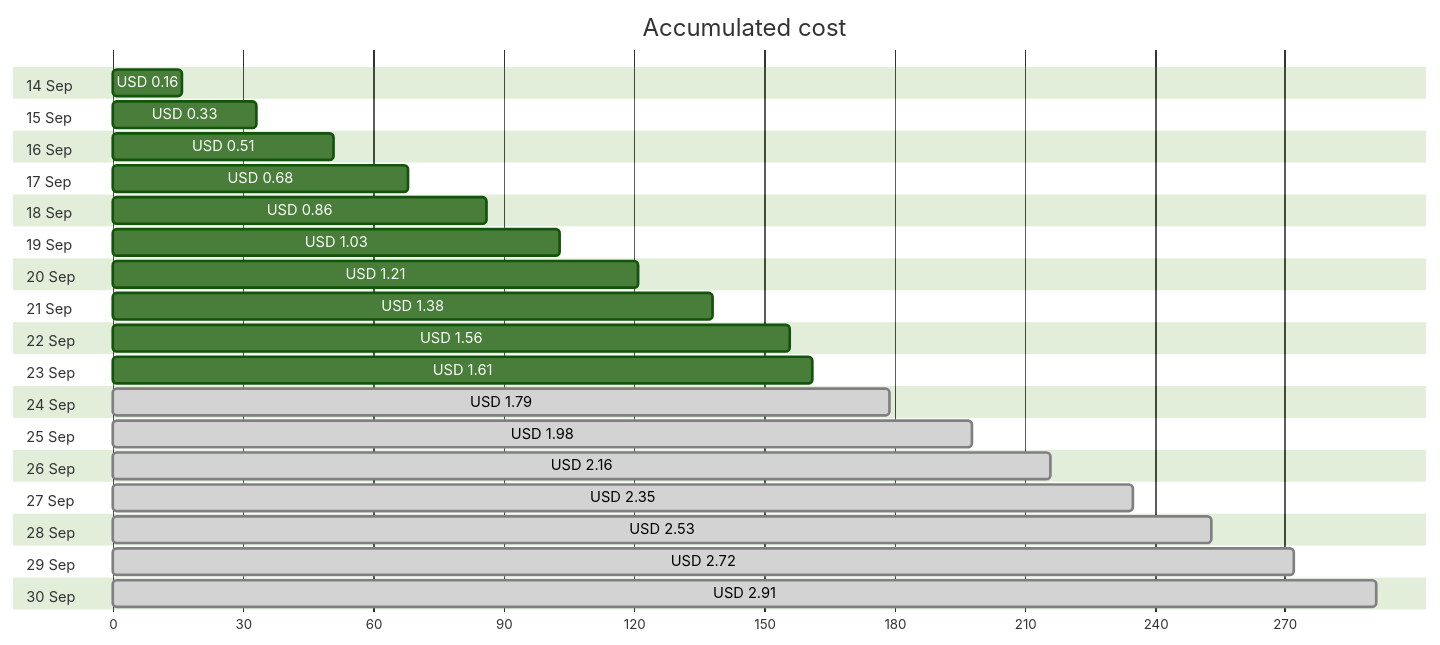
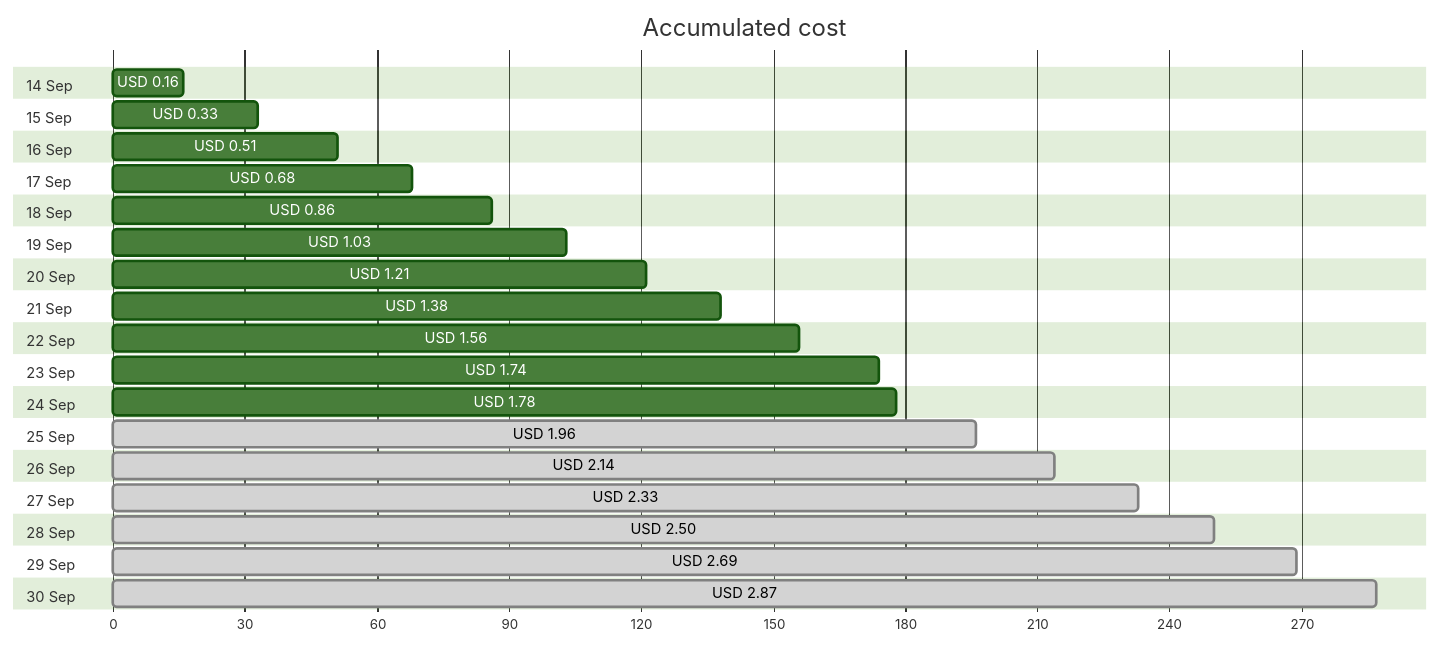
The first of 4 diagrams in cost-reports/personal-network/backup-server.md (jpfulton/azure-personal-reports), drawn with Mermaid (forest theme) before and after one commit. The commit also changed other lines of this file and 9 other files, not shown here.

````diff
--- a/cost-reports/personal-network/backup-server.md
+++ b/cost-reports/personal-network/backup-server.md
@@ -20,40 +20,40 @@
 ```mermaid
 gantt
    title Accumulated cost
    dateFormat  X
    axisFormat %s
    section 14 Sep
    USD 0.16 :0, 16
    section 15 Sep
    USD 0.33 :0, 33
    section 16 Sep
    USD 0.51 :0, 51
    section 17 Sep
    USD 0.68 :0, 68
    section 18 Sep
    USD 0.86 :0, 86
    section 19 Sep
    USD 1.03 :0, 103
    section 20 Sep
    USD 1.21 :0, 121
    section 21 Sep
    USD 1.38 :0, 138
    section 22 Sep
    USD 1.56 :0, 156
    section 23 Sep
-   USD 1.61 :0, 161
+   USD 1.74 :0, 174
    section 24 Sep
-   USD 1.79 : done, 0, 179
+   USD 1.78 :0, 178
    section 25 Sep
-   USD 1.98 : done, 0, 198
+   USD 1.96 : done, 0, 196
    section 26 Sep
-   USD 2.16 : done, 0, 216
+   USD 2.14 : done, 0, 214
    section 27 Sep
-   USD 2.35 : done, 0, 235
+   USD 2.33 : done, 0, 233
    section 28 Sep
-   USD 2.53 : done, 0, 253
+   USD 2.50 : done, 0, 250
    section 29 Sep
-   USD 2.72 : done, 0, 272
+   USD 2.69 : done, 0, 269
    section 30 Sep
-   USD 2.91 : done, 0, 291
+   USD 2.87 : done, 0, 287
 ```
````
